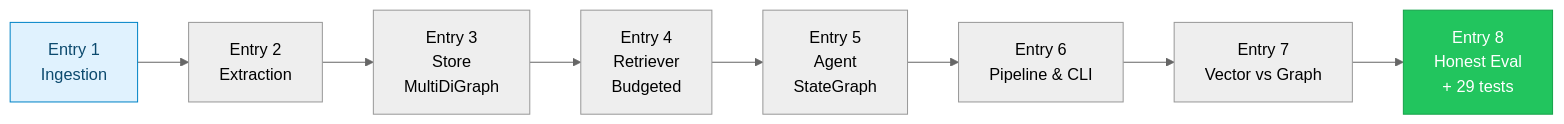
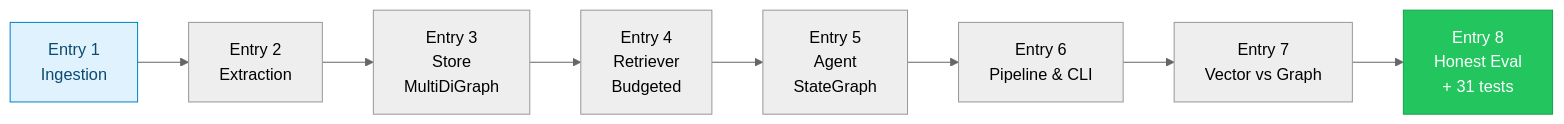
Before and after one commit to manishwvn/graph_rag: the first of 9 diagrams in LEARNINGS.md, drawn with Mermaid (neutral theme). The commit also changed other lines of this file and 11 other files, not shown here.

````diff
--- a/LEARNINGS.md
+++ b/LEARNINGS.md
@@ -21,12 +21,12 @@
 ```mermaid
 graph LR
   E1["Entry 1<br/>Ingestion"] --> E2["Entry 2<br/>Extraction"]
   E2 --> E3["Entry 3<br/>Store<br/>MultiDiGraph"]
   E3 --> E4["Entry 4<br/>Retriever<br/>Budgeted"]
   E4 --> E5["Entry 5<br/>Agent<br/>StateGraph"]
   E5 --> E6["Entry 6<br/>Pipeline & CLI"]
   E6 --> E7["Entry 7<br/>Vector vs Graph"]
-  E7 --> E8["Entry 8<br/>Honest Eval<br/>+ 29 tests"]
+  E7 --> E8["Entry 8<br/>Honest Eval<br/>+ 31 tests"]
   style E8 fill:#22C55E,stroke:#16A34A,color:#fff
   style E1 fill:#E0F2FE,stroke:#0284C7,color:#0C4A6E
 ```
````
